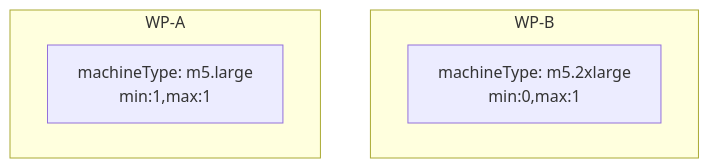
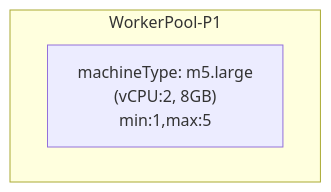
Before and after one commit to elankath/machine-scaler-simulator: the second of 5 diagrams in README.md, drawn with Mermaid. The commit also changed other lines of this file, not shown here.

````diff
--- a/README.md
+++ b/README.md
@@ -88,9 +90,6 @@
 ```mermaid
 graph TB
- subgraph WP-B
-  SpecB["machineType: m5.2xlarge\nmin:0,max:1"]
- end
- subgraph WP-A
-  SpecA["machineType: m5.large\nmin:1,max:1"]
+ subgraph WorkerPool-P1
+  SpecB["machineType: m5.large\n(vCPU:2, 8GB)\nmin:1,max:5"]
  end
  ```
````
